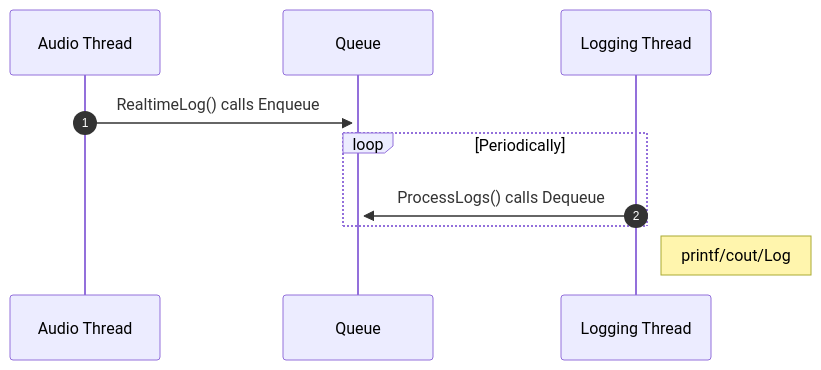
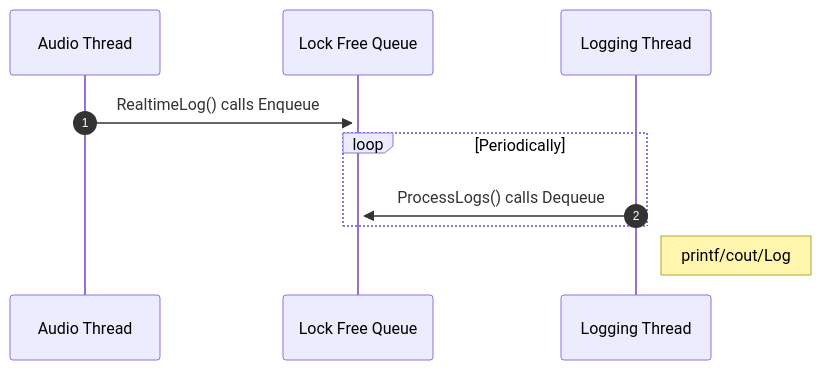
Before and after one commit to cjappl/Conference-Presentations: the second of 3 diagrams in slides.md, drawn with Mermaid. The commit also changed other lines of this file, not shown here.

````diff
--- a/slides.md
+++ b/slides.md
@@ -230,9 +243,9 @@
 ```mermaid {theme: 'light'}
 sequenceDiagram
   autonumber
-  Audio Thread->>+Queue: RealtimeLog() calls Enqueue
+  Audio Thread->>+Lock Free Queue: RealtimeLog() calls Enqueue
   loop Periodically
-      Logging Thread->>+Queue: ProcessLogs() calls Dequeue
+      Logging Thread->>+Lock Free Queue: ProcessLogs() calls Dequeue
   end
   Note right of Logging Thread : printf/cout/Log
 ```
````
